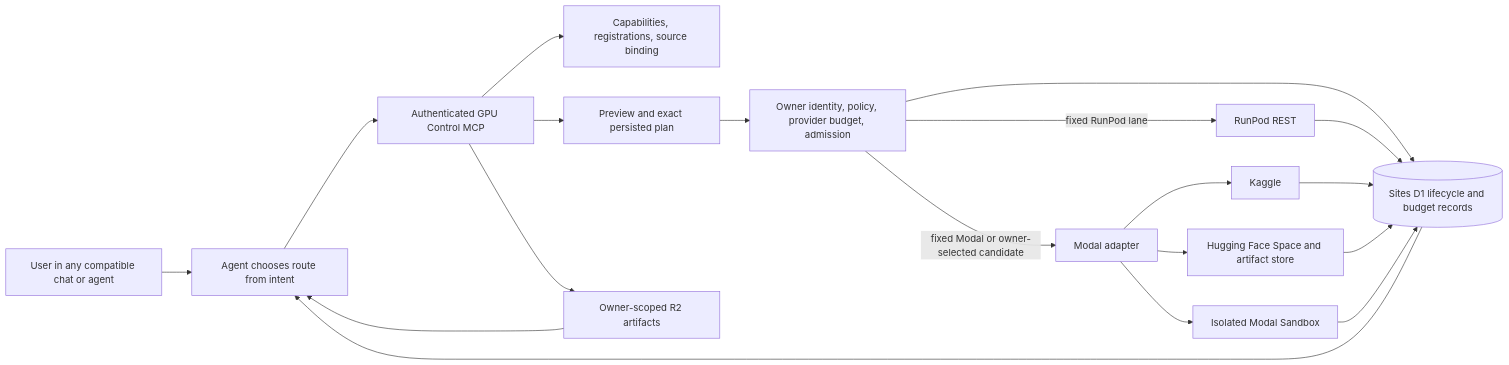
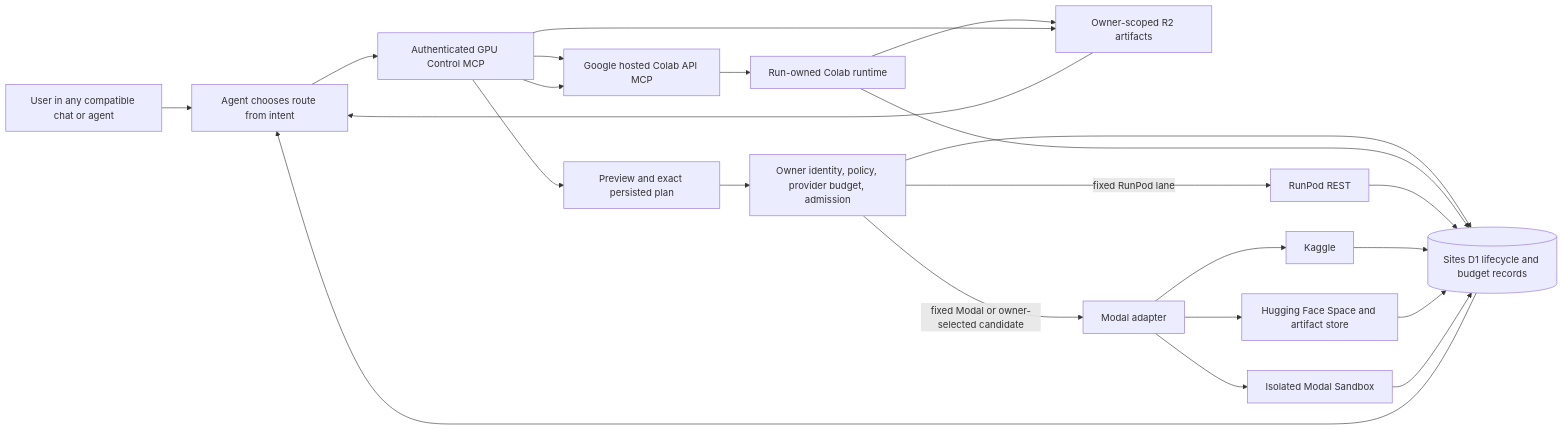
One commit to Unjuno/gpu-control changed the first of 2 diagrams in docs/architecture/repository-map.md. Above: the diagram before and after it, drawn with Mermaid. The commit also changed other lines of this file and 2 other files, not shown here.

Commit message:
docs: refresh current architecture evidence

````diff
--- a/docs/architecture/repository-map.md
+++ b/docs/architecture/repository-map.md
@@ -35,21 +34,25 @@
 ```mermaid
 flowchart LR
   U[User in any compatible chat or agent] --> A[Agent chooses route from intent]
   A --> M[Authenticated GPU Control MCP]
   M --> C[Capabilities, registrations, source binding]
   M --> P[Preview and exact persisted plan]
   P --> G[Owner identity, policy, provider budget, admission]
   G --> D[(Sites D1 lifecycle and budget records)]
+  M --> C[Google hosted Colab API MCP]
+  C --> CR[Run-owned Colab runtime]
+  CR --> D
+  CR --> O[Owner-scoped R2 artifacts]
   G -->|fixed RunPod lane| R[RunPod REST]
   G -->|fixed Modal or owner-selected candidate| MA[Modal adapter]
   MA --> K[Kaggle]
   MA --> H[Hugging Face Space and artifact store]
   MA --> S[Isolated Modal Sandbox]
   M --> O[Owner-scoped R2 artifacts]
   D --> A
   R --> D
   K --> D
   H --> D
   S --> D
   O --> A
 ```
````
